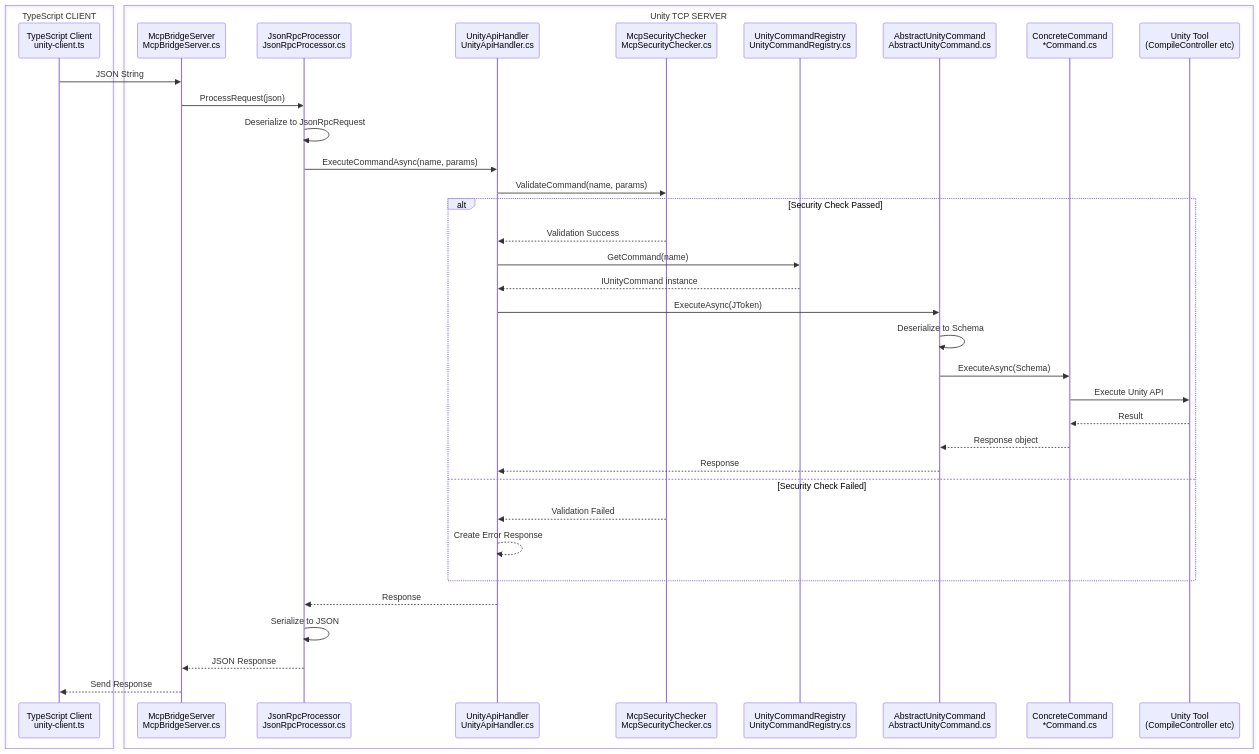
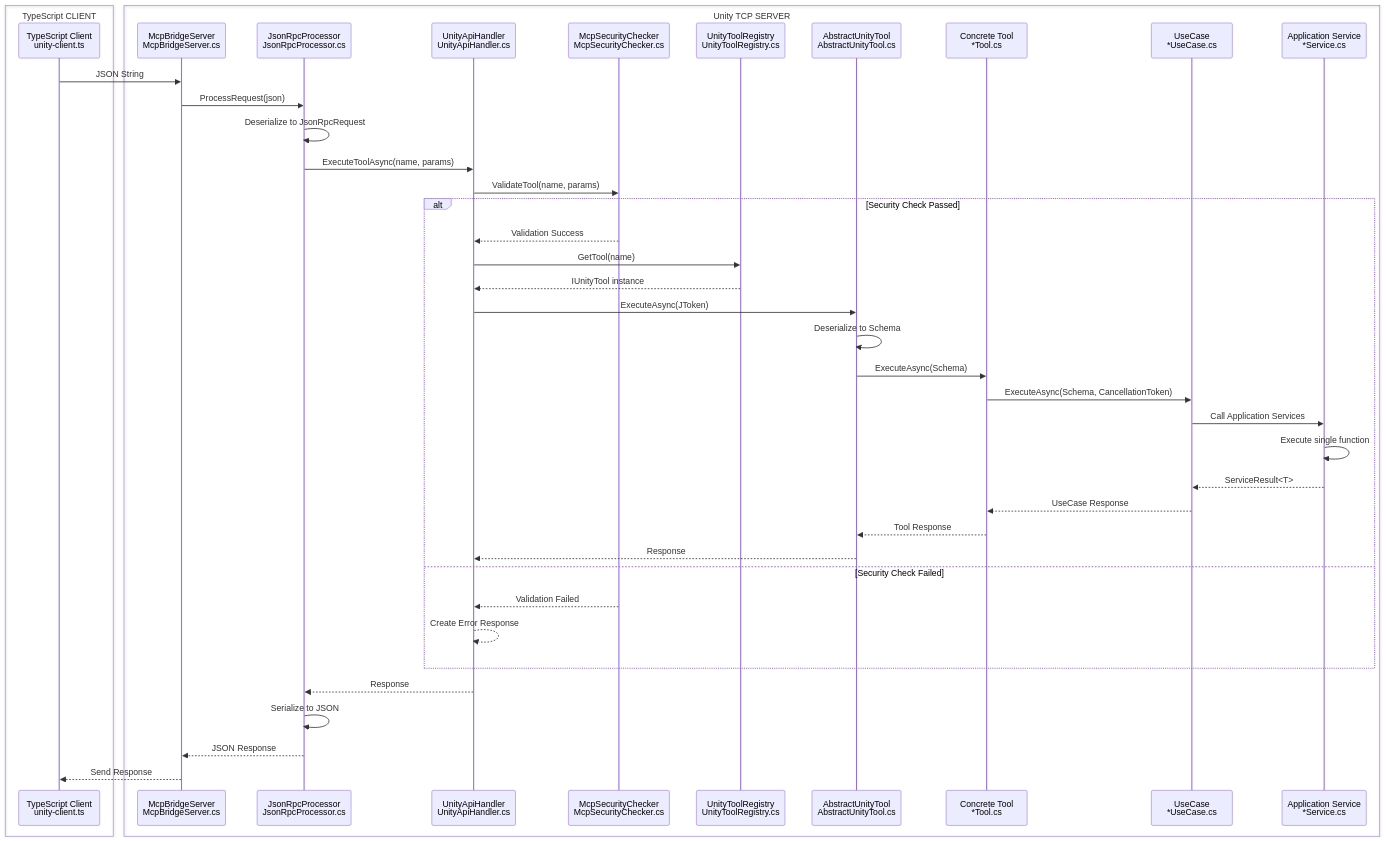
One commit to hatayama/uLoopMCP changed the sixth of 7 diagrams in Packages/docs/ARCHITECTURE_Unity.md. Above: the diagram before and after it, drawn with Mermaid. The commit also changed other lines of this file and 3 other files, not shown here.

First line of the commit message:
docs: update architecture documentation for DDD refactoring

````diff
--- a/Packages/docs/ARCHITECTURE_Unity.md
+++ b/Packages/docs/ARCHITECTURE_Unity.md
@@ -591,42 +636,46 @@
 ```mermaid
 sequenceDiagram
     box TypeScript CLIENT
     participant TS as TypeScript Client<br/>unity-client.ts
     end
     
     box Unity TCP SERVER
     participant MB as McpBridgeServer<br/>McpBridgeServer.cs
     participant JP as JsonRpcProcessor<br/>JsonRpcProcessor.cs
     participant UA as UnityApiHandler<br/>UnityApiHandler.cs
     participant SC as McpSecurityChecker<br/>McpSecurityChecker.cs
-    participant UR as UnityCommandRegistry<br/>UnityCommandRegistry.cs
-    participant AC as AbstractUnityCommand<br/>AbstractUnityCommand.cs
-    participant CC as ConcreteCommand<br/>*Command.cs
-    participant UT as Unity Tool<br/>(CompileController etc)
+    participant UR as UnityToolRegistry<br/>UnityToolRegistry.cs
+    participant AT as AbstractUnityTool<br/>AbstractUnityTool.cs
+    participant Tool as Concrete Tool<br/>*Tool.cs
+    participant UC as UseCase<br/>*UseCase.cs
+    participant AS as Application Service<br/>*Service.cs
     end
 
     TS->>MB: JSON String
     MB->>JP: ProcessRequest(json)
     JP->>JP: Deserialize to JsonRpcRequest
-    JP->>UA: ExecuteCommandAsync(name, params)
-    UA->>SC: ValidateCommand(name, params)
+    JP->>UA: ExecuteToolAsync(name, params)
+    UA->>SC: ValidateTool(name, params)
     alt Security Check Passed
         SC-->>UA: Validation Success
-        UA->>UR: GetCommand(name)
-        UR-->>UA: IUnityCommand instance
-        UA->>AC: ExecuteAsync(JToken)
-        AC->>AC: Deserialize to Schema
-        AC->>CC: ExecuteAsync(Schema)
-        CC->>UT: Execute Unity API
-        UT-->>CC: Result
-        CC-->>AC: Response object
-        AC-->>UA: Response
+        UA->>UR: GetTool(name)
+        UR-->>UA: IUnityTool instance
+        UA->>AT: ExecuteAsync(JToken)
+        AT->>AT: Deserialize to Schema
+        AT->>Tool: ExecuteAsync(Schema)
+        Tool->>UC: ExecuteAsync(Schema, CancellationToken)
+        UC->>AS: Call Application Services
+        AS->>AS: Execute single function
+        AS-->>UC: ServiceResult<T>
+        UC-->>Tool: UseCase Response
+        Tool-->>AT: Tool Response
+        AT-->>UA: Response
     else Security Check Failed
         SC-->>UA: Validation Failed
         UA-->>UA: Create Error Response
     end
     UA-->>JP: Response
     JP->>JP: Serialize to JSON
     JP-->>MB: JSON Response
     MB-->>TS: Send Response
 ```
````
